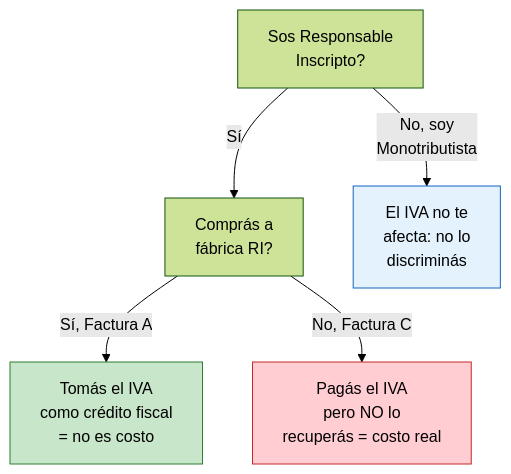
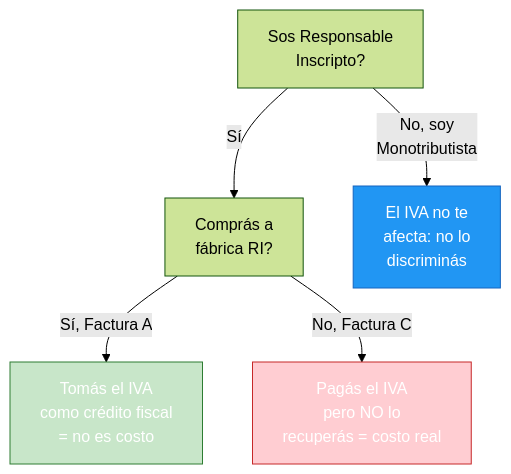
The diagram in app/paso1-argentina/evaluar-negociar/comparar-precios.mdx (barrosignacioezequiel-coder/docs), drawn with Mermaid (forest theme) before and after one commit. The commit also changed 66 other files, not shown here.

First line of the commit message:
fix: resolve Mermaid v11 numbered list errors + improve contrast

````diff
--- a/app/paso1-argentina/evaluar-negociar/comparar-precios.mdx
+++ b/app/paso1-argentina/evaluar-negociar/comparar-precios.mdx
@@ -103,11 +103,11 @@
 ```mermaid
 graph TD
     A["Sos Responsable<br/>Inscripto?"] -- Sí --> B["Comprás a<br/>fábrica RI?"]
     A -- No, soy<br/>Monotributista --> C["El IVA no te<br/>afecta: no lo<br/>discriminás"]
     B -- Sí, Factura A --> D["Tomás el IVA<br/>como crédito fiscal<br/>= no es costo"]
     B -- No, Factura C --> E["Pagás el IVA<br/>pero NO lo<br/>recuperás = costo real"]
 
-    style D fill:#c8e6c9,stroke:#2e7d32
-    style E fill:#ffcdd2,stroke:#c62828
-    style C fill:#e3f2fd,stroke:#1565c0
+    style D fill:#c8e6c9,stroke:#2e7d32,color:#fff
+    style E fill:#ffcdd2,stroke:#c62828,color:#fff
+    style C fill:#2196f3,stroke:#1565c0,color:#fff
 ```
````
